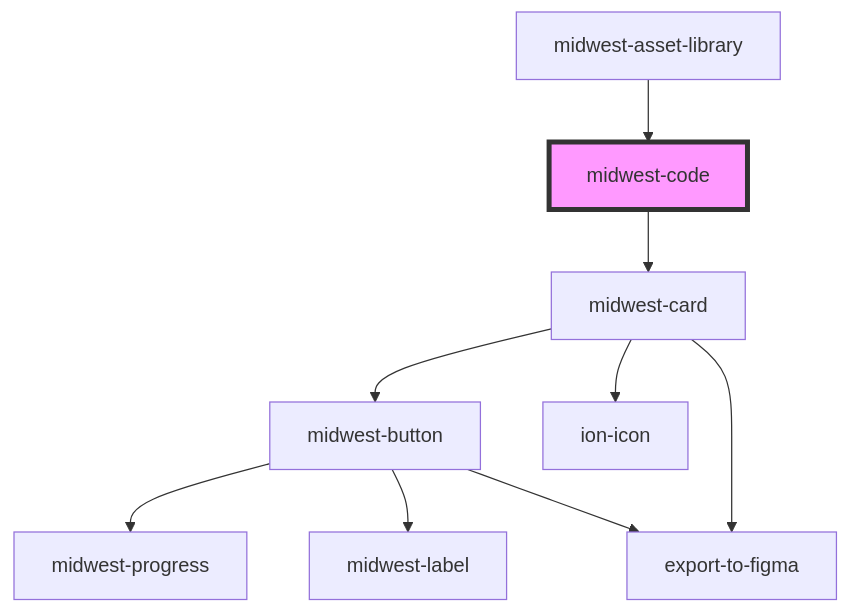
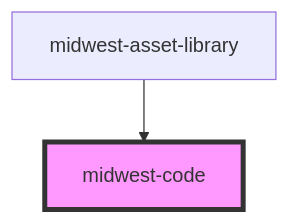
Before and after one commit to splitinfinities/Midwest: the diagram in packages/helpers/docs/components/code/readme.md, drawn with Mermaid. The commit also changed other lines of this file and 33 other files, not shown here.

````diff
--- a/packages/helpers/docs/components/code/readme.md
+++ b/packages/helpers/docs/components/code/readme.md
@@ -77,12 +73,5 @@
 ```mermaid
 graph TD;
-  midwest-code --> midwest-card
-  midwest-card --> midwest-button
-  midwest-card --> ion-icon
-  midwest-card --> export-to-figma
-  midwest-button --> midwest-progress
-  midwest-button --> midwest-label
-  midwest-button --> export-to-figma
   midwest-asset-library --> midwest-code
   style midwest-code fill:#f9f,stroke:#333,stroke-width:4px
 ```
````
